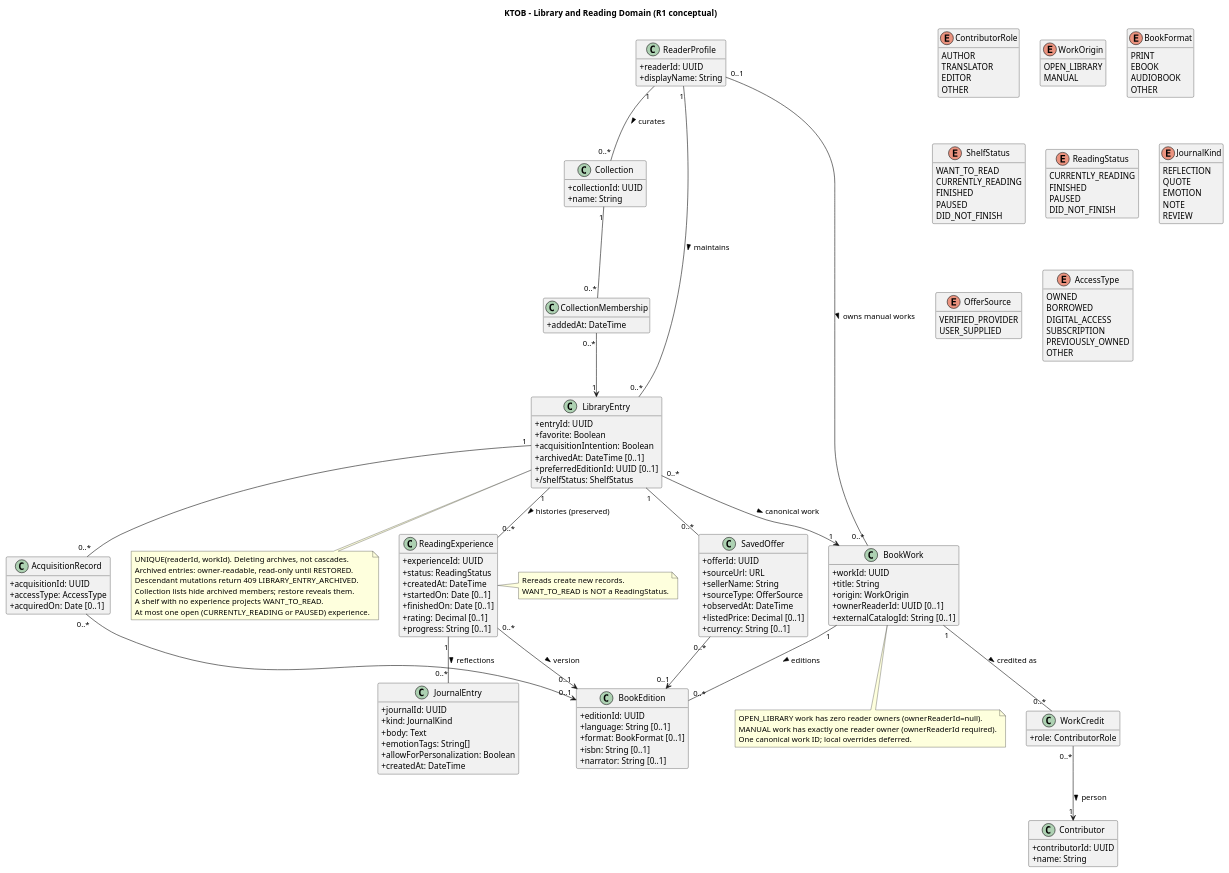
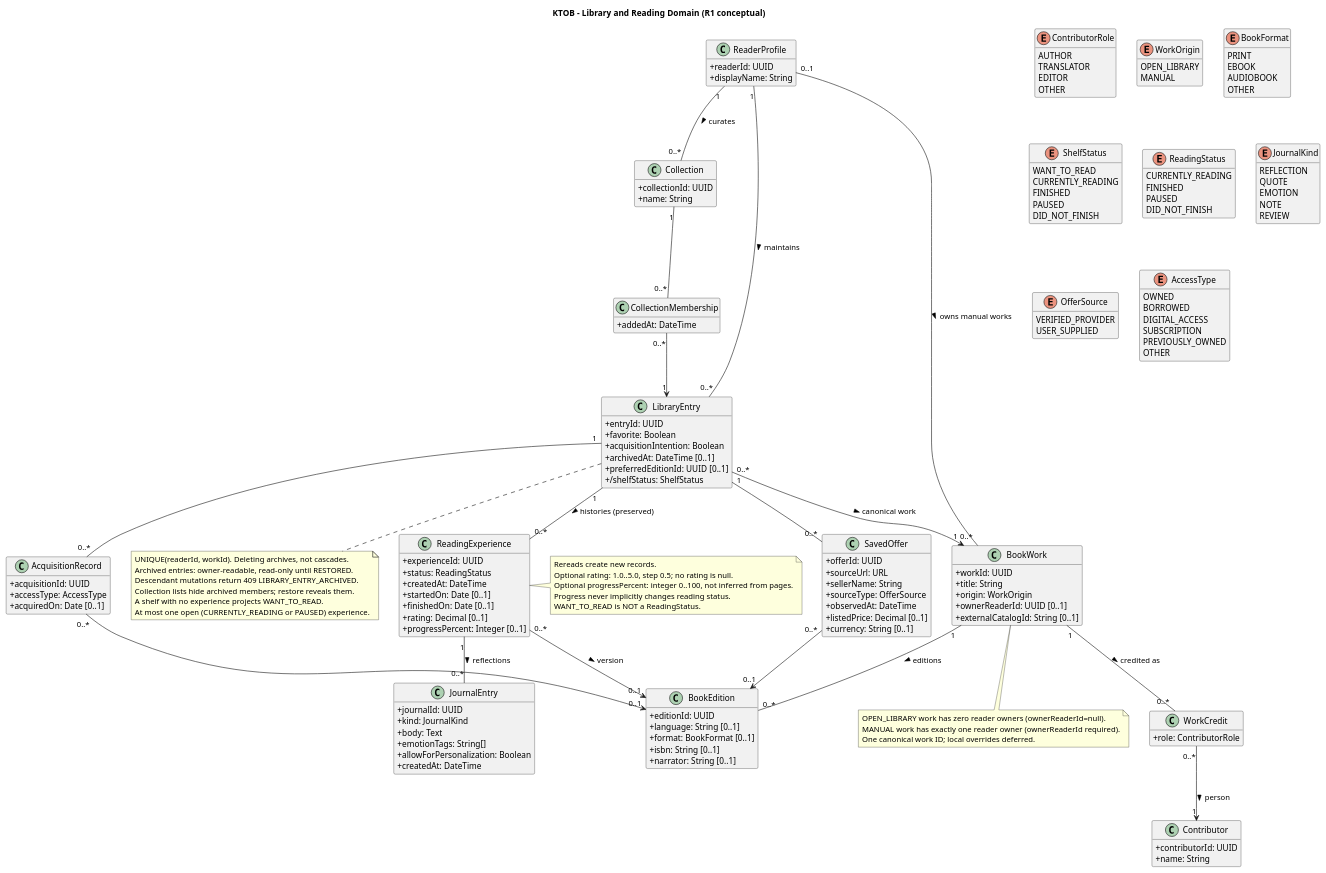
The diagram in docs/uml/02-domain-library.puml (Adam-BArbia/ktob-literary-companion), drawn with PlantUML before and after one commit. The commit also changed 18 other files, not shown here.

Commit message:
docs(architecture): apply approved R1 ratings progress profile and spoiler defaults

```diff
--- a/docs/uml/02-domain-library.puml
+++ b/docs/uml/02-domain-library.puml
@@ -1,158 +1,162 @@
 @startuml KTOB_02_domain_library
 title KTOB - Library and Reading Domain (R1 conceptual)
 hide empty methods
 skinparam classAttributeIconSize 0
 class ReaderProfile {
  +readerId: UUID
  +displayName: String
+ ' private display name; generated default if onboarding skipped
 }
 class BookWork {
  +workId: UUID
  +title: String
  +origin: WorkOrigin
  +ownerReaderId: UUID [0..1]
  +externalCatalogId: String [0..1]
 }
 class Contributor {
  +contributorId: UUID
  +name: String
 }
 class WorkCredit {
  +role: ContributorRole
 }
 enum ContributorRole {
  AUTHOR
  TRANSLATOR
  EDITOR
  OTHER
 }
 enum WorkOrigin {
  OPEN_LIBRARY
  MANUAL
 }
 class BookEdition {
  +editionId: UUID
  +language: String [0..1]
  +format: BookFormat [0..1]
  +isbn: String [0..1]
  +narrator: String [0..1]
 }
 enum BookFormat {
  PRINT
  EBOOK
  AUDIOBOOK
  OTHER
 }
 class LibraryEntry {
  +entryId: UUID
  +favorite: Boolean
  +acquisitionIntention: Boolean
  +archivedAt: DateTime [0..1]
  +preferredEditionId: UUID [0..1]
  +/shelfStatus: ShelfStatus
 }
 enum ShelfStatus {
  WANT_TO_READ
  CURRENTLY_READING
  FINISHED
  PAUSED
  DID_NOT_FINISH
 }
 class ReadingExperience {
  +experienceId: UUID
  +status: ReadingStatus
  +createdAt: DateTime
  +startedOn: Date [0..1]
  +finishedOn: Date [0..1]
  +rating: Decimal [0..1]
- +progress: String [0..1]
+ +progressPercent: Integer [0..1]
 }
 enum ReadingStatus {
  CURRENTLY_READING
  FINISHED
  PAUSED
  DID_NOT_FINISH
 }
 class JournalEntry {
  +journalId: UUID
  +kind: JournalKind
  +body: Text
  +emotionTags: String[]
  +allowForPersonalization: Boolean
  +createdAt: DateTime
 }
 enum JournalKind {
  REFLECTION
  QUOTE
  EMOTION
  NOTE
  REVIEW
 }
 class Collection {
  +collectionId: UUID
  +name: String
 }
 class CollectionMembership {
  +addedAt: DateTime
 }
 class SavedOffer {
  +offerId: UUID
  +sourceUrl: URL
  +sellerName: String
  +sourceType: OfferSource
  +observedAt: DateTime
  +listedPrice: Decimal [0..1]
  +currency: String [0..1]
 }
 enum OfferSource {
  VERIFIED_PROVIDER
  USER_SUPPLIED
 }
 class AcquisitionRecord {
  +acquisitionId: UUID
  +accessType: AccessType
  +acquiredOn: Date [0..1]
 }
 enum AccessType {
  OWNED
  BORROWED
  DIGITAL_ACCESS
  SUBSCRIPTION
  PREVIOUSLY_OWNED
  OTHER
 }
 
 ReaderProfile "0..1" -- "0..*" BookWork : owns manual works >
 ReaderProfile "1" -- "0..*" LibraryEntry : maintains >
 LibraryEntry "0..*" --> "1" BookWork : canonical work >
 BookWork "1" -- "0..*" BookEdition : editions >
 BookWork "1" -- "0..*" WorkCredit : credited as >
 WorkCredit "0..*" --> "1" Contributor : person >
 LibraryEntry "1" -- "0..*" ReadingExperience : histories (preserved) >
 ReadingExperience "0..*" --> "0..1" BookEdition : version >
 ReadingExperience "1" -- "0..*" JournalEntry : reflections >
 ReaderProfile "1" -- "0..*" Collection : curates >
 Collection "1" -- "0..*" CollectionMembership
 CollectionMembership "0..*" --> "1" LibraryEntry
 LibraryEntry "1" -- "0..*" SavedOffer
 SavedOffer "0..*" --> "0..1" BookEdition
 LibraryEntry "1" -- "0..*" AcquisitionRecord
 AcquisitionRecord "0..*" --> "0..1" BookEdition
 note bottom of BookWork
 OPEN_LIBRARY work has zero reader owners (ownerReaderId=null).
 MANUAL work has exactly one reader owner (ownerReaderId required).
 One canonical work ID; local overrides deferred.
 end note
 note bottom of LibraryEntry
 UNIQUE(readerId, workId). Deleting archives, not cascades.
 Archived entries: owner-readable, read-only until RESTORED.
 Descendant mutations return 409 LIBRARY_ENTRY_ARCHIVED.
 Collection lists hide archived members; restore reveals them.
 A shelf with no experience projects WANT_TO_READ.
 At most one open (CURRENTLY_READING or PAUSED) experience.
 end note
 note right of ReadingExperience
 Rereads create new records.
+Optional rating: 1.0..5.0, step 0.5; no rating is null.
+Optional progressPercent: integer 0..100, not inferred from pages.
+Progress never implicitly changes reading status.
 WANT_TO_READ is NOT a ReadingStatus.
 end note
 @enduml
```
